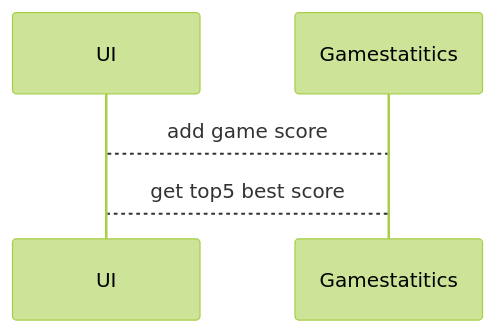
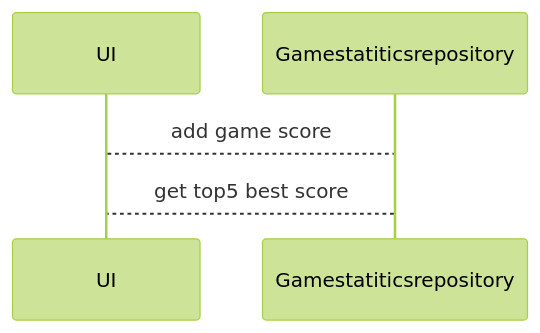
One commit to kxelina/ot-harjoitustyo changed the third of 3 diagrams in dokumentaatio/arkkitehtuuri.md. Above: the diagram before and after it, drawn with Mermaid (forest theme). The commit also changed other lines of this file, not shown here.

````diff
--- a/dokumentaatio/arkkitehtuuri.md
+++ b/dokumentaatio/arkkitehtuuri.md
@@ -80,7 +77,7 @@
 ```mermaid
 sequenceDiagram
     participant UI
-    participant G as Gamestatitics
+    participant G as Gamestatiticsrepository
     UI --> G: add game score
     G --> UI: get top5 best score
 ```    
````
